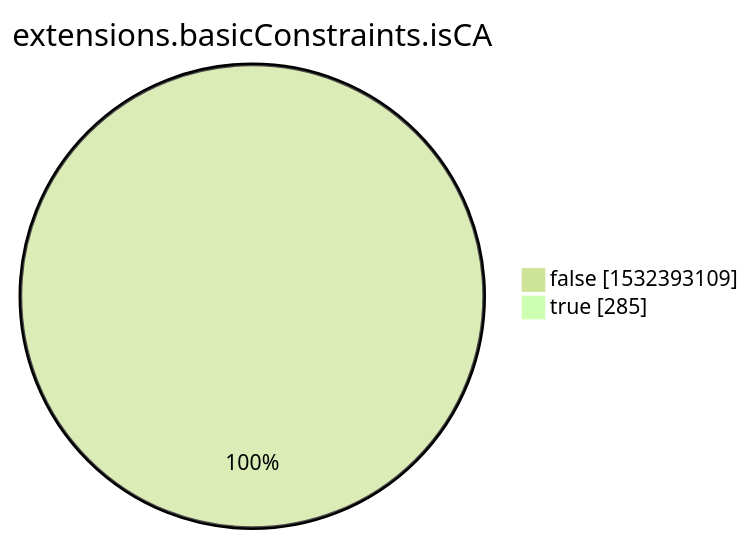
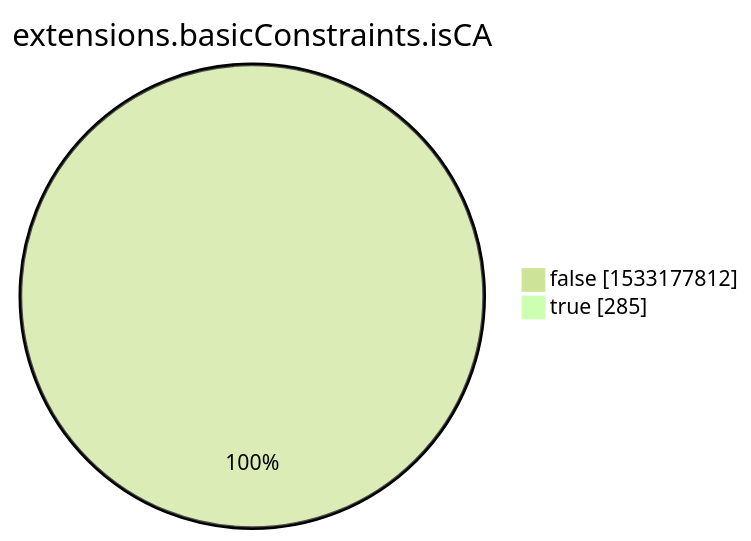
The eighth of 15 diagrams in xenon2022/README.md (christiankrug/ctmonitor_visualization), drawn with Mermaid (forest theme) before and after one commit. The commit also changed other lines of this file, not shown here.

````diff
--- a/xenon2022/README.md
+++ b/xenon2022/README.md
@@ -2857,6 +2857,6 @@
 ```mermaid
 pie showData
 title extensions.basicConstraints.isCA
-"false" :1532393109
+"false" :1533177812
 "true" :285
 ```
````
